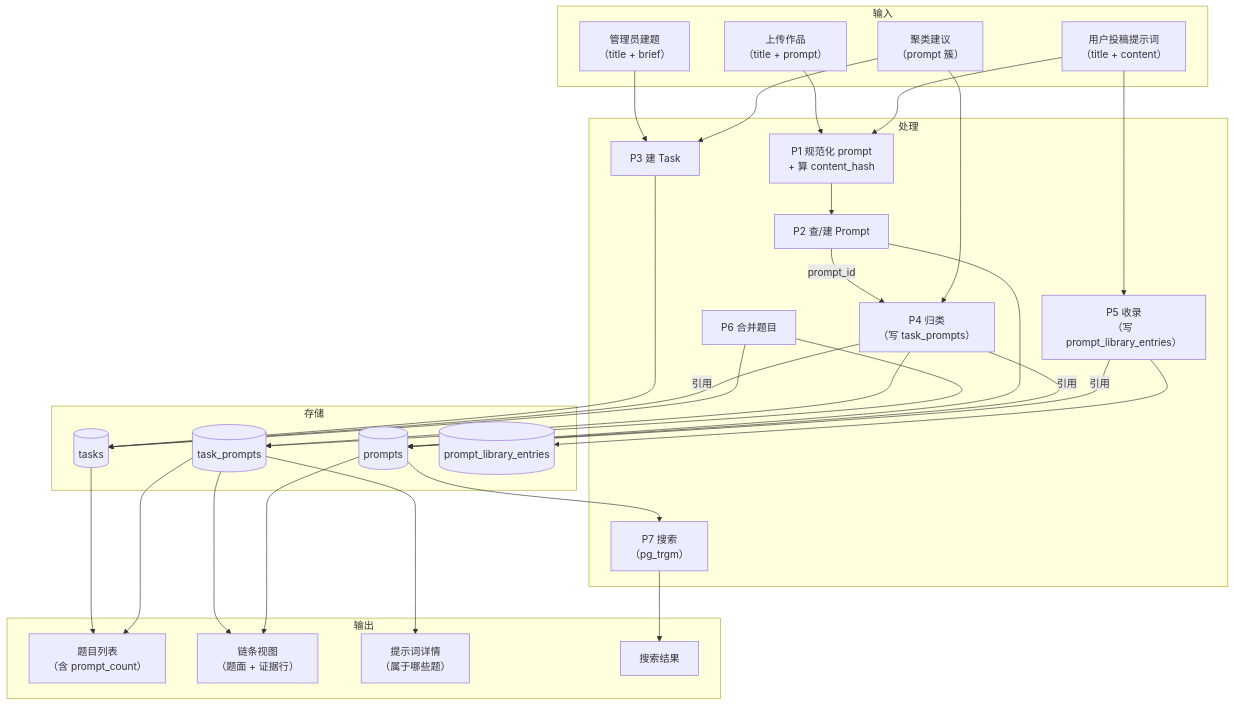
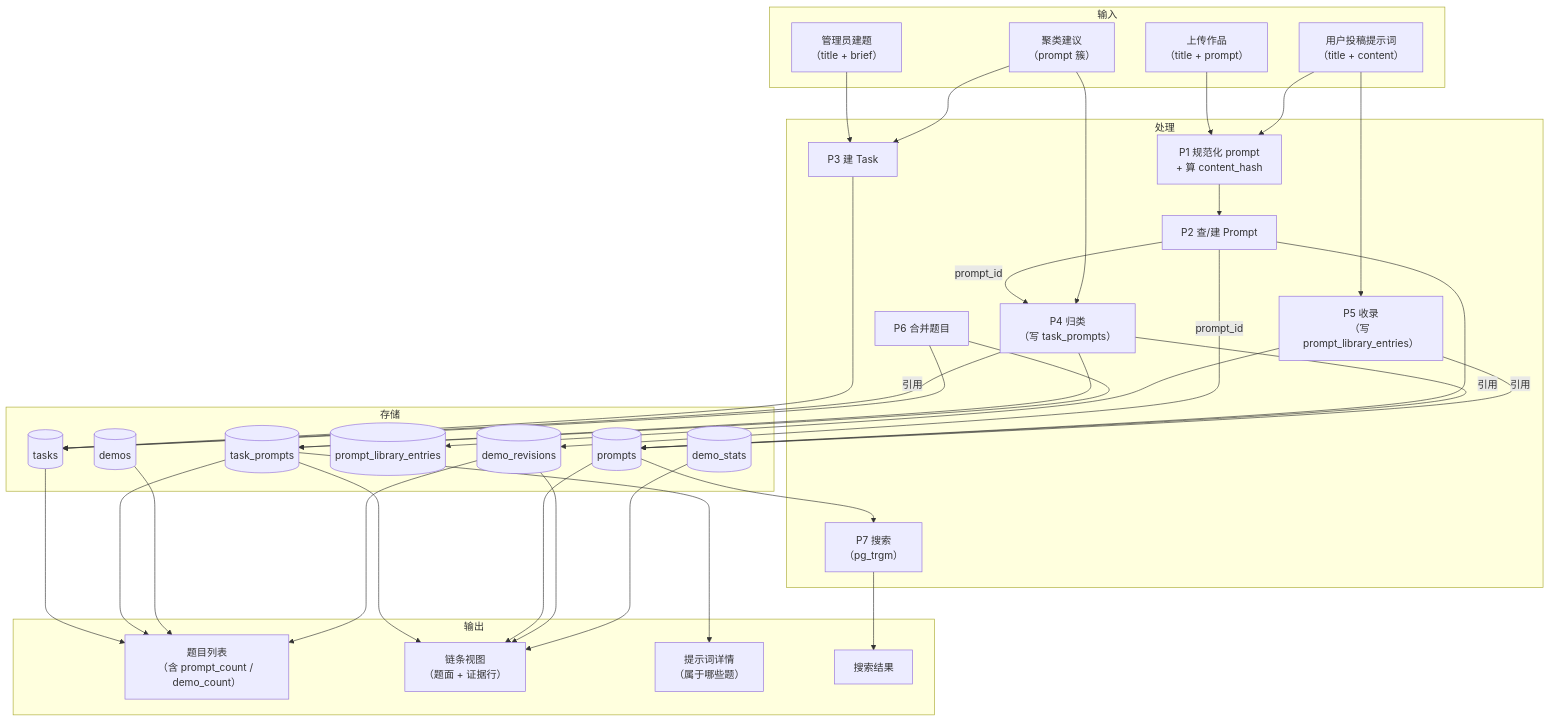
The third of 22 diagrams in docs/实体域UML图集.md (deepdemos/ds-demos-showcase), drawn with Mermaid before and after one commit. The commit also changed other lines of this file and 36 other files, not shown here.

````diff
--- a/docs/实体域UML图集.md
+++ b/docs/实体域UML图集.md
@@ -194,64 +419,72 @@
 ```mermaid
 flowchart TB
     subgraph IN["输入"]
         I1["上传作品<br/>（title + prompt）"]
         I2["管理员建题<br/>（title + brief）"]
         I3["用户投稿提示词<br/>（title + content）"]
         I4["聚类建议<br/>（prompt 簇）"]
     end
 
     subgraph P["处理"]
         P1["P1 规范化 prompt<br/>+ 算 content_hash"]
         P2["P2 查/建 Prompt"]
         P3["P3 建 Task"]
         P4["P4 归类<br/>（写 task_prompts）"]
         P5["P5 收录<br/>（写 prompt_library_entries）"]
         P6["P6 合并题目"]
         P7["P7 搜索<br/>（pg_trgm）"]
     end
 
     subgraph OUT["输出"]
-        O1["题目列表<br/>（含 prompt_count）"]
+        O1["题目列表<br/>（含 prompt_count / demo_count）"]
         O2["链条视图<br/>（题面 + 证据行）"]
         O3["提示词详情<br/>（属于哪些题）"]
         O4["搜索结果"]
     end
 
     subgraph STORE["存储"]
         S1[("prompts")]
         S2[("tasks")]
         S3[("task_prompts")]
         S4[("prompt_library_entries")]
+        S5[("demos")]
+        S6[("demo_revisions")]
+        S7[("demo_stats")]
     end
 
     I1 --> P1
     I3 --> P1
     P1 --> P2
     P2 --> S1
     P2 -->|"prompt_id"| P4
+    P2 -->|"prompt_id"| S6
 
     I2 --> P3
     P3 --> S2
 
     I4 --> P3
     I4 --> P4
 
     P4 --> S3
     P4 -->|"引用"| S1
     P4 -->|"引用"| S2
 
     I3 --> P5
     P5 --> S4
     P5 -->|"引用"| S1
 
     P6 --> S2
     P6 --> S3
 
     S2 --> O1
     S3 --> O1
+    S5 --> O1
+    S6 --> O1
     S3 --> O2
     S1 --> O2
+    S6 --> O2
+    S7 --> O2
     S3 --> O3
     S1 --> P7
     P7 --> O4
 ```
````
